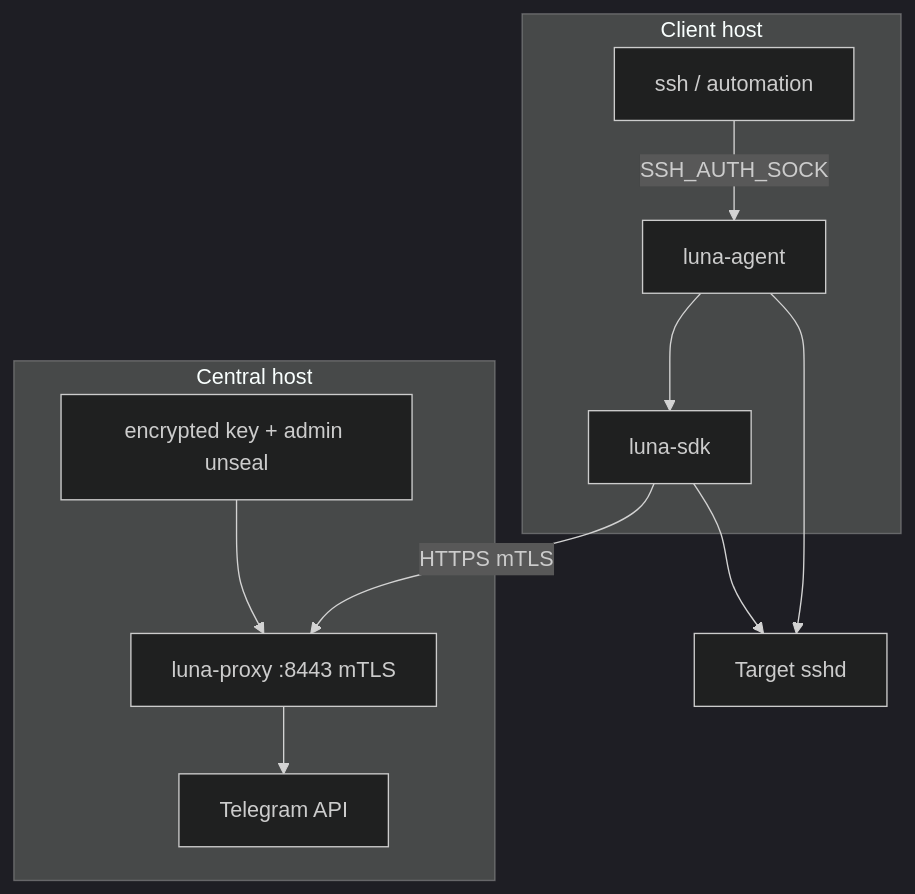
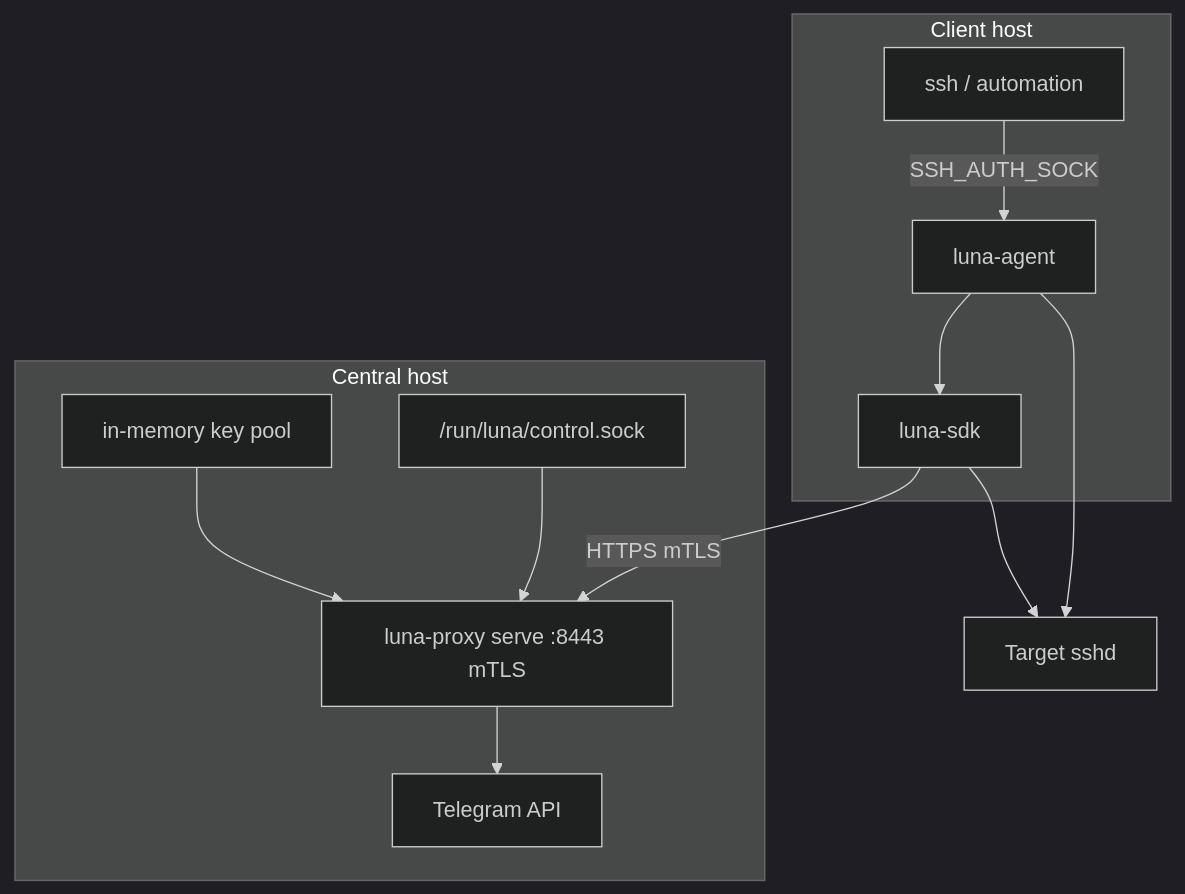
One commit to ba0f3/luna-ztrust changed the diagram in README.md. Above: the diagram before and after it, drawn with Mermaid (dark theme). The commit also changed other lines of this file and 1 other file, not shown here.

````diff
--- a/README.md
+++ b/README.md
@@ -17,21 +17,23 @@
 ```mermaid
 graph TD
     subgraph CENTRAL["Central host"]
-        LP["luna-proxy :8443 mTLS"]
-        KS["encrypted key + admin unseal"]
+        LP["luna-proxy serve :8443 mTLS"]
+        CTRL["/run/luna/control.sock"]
+        KS["in-memory key pool"]
         KS --> LP
+        CTRL --> LP
         LP --> TG["Telegram API"]
     end
 
     subgraph CLIENT["Client host"]
         LA["luna-agent"]
         SDK["luna-sdk"]
         SSH["ssh / automation"]
         SSH -->|"SSH_AUTH_SOCK"| LA
         LA --> SDK
         SDK -->|"HTTPS mTLS"| LP
     end
 
     SDK --> Target["Target sshd"]
     LA --> Target
 ```
````
